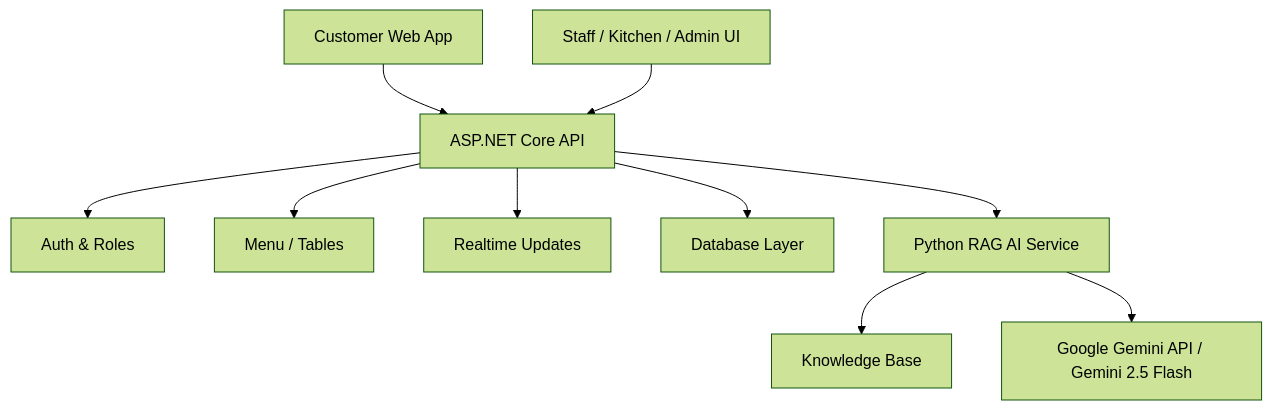
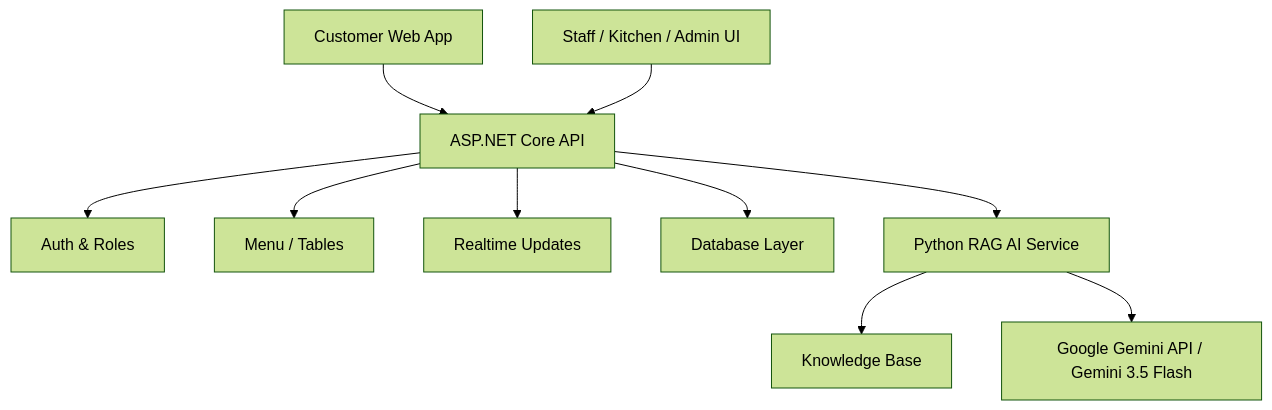
One commit to Anpham120/restaurant-qr-ai-ordering changed the second of 2 diagrams in README.md. Above: the diagram before and after it, drawn with Mermaid (forest theme). The commit also changed other lines of this file and 19 other files, not shown here.

````diff
--- a/README.md
+++ b/README.md
@@ -77,12 +77,12 @@
 ```mermaid
 flowchart TB
   Customer["Customer Web App"] --> API["ASP.NET Core API"]
   Staff["Staff / Kitchen / Admin UI"] --> API
   API --> Auth["Auth & Roles"]
   API --> Menu["Menu / Tables"]
   API --> Realtime["Realtime Updates"]
   API --> Data["Database Layer"]
   API --> AiService["Python RAG AI Service"]
   AiService --> RAG["Knowledge Base"]
-  AiService --> Gemini["Google Gemini API / Gemini 2.5 Flash"]
+  AiService --> Gemini["Google Gemini API / Gemini 3.5 Flash"]
 ```
````
